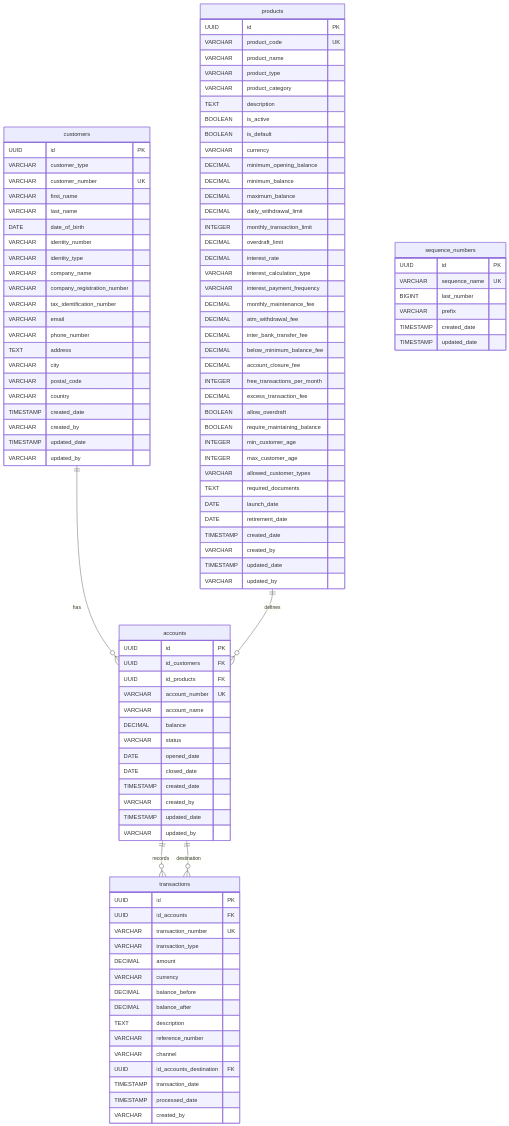
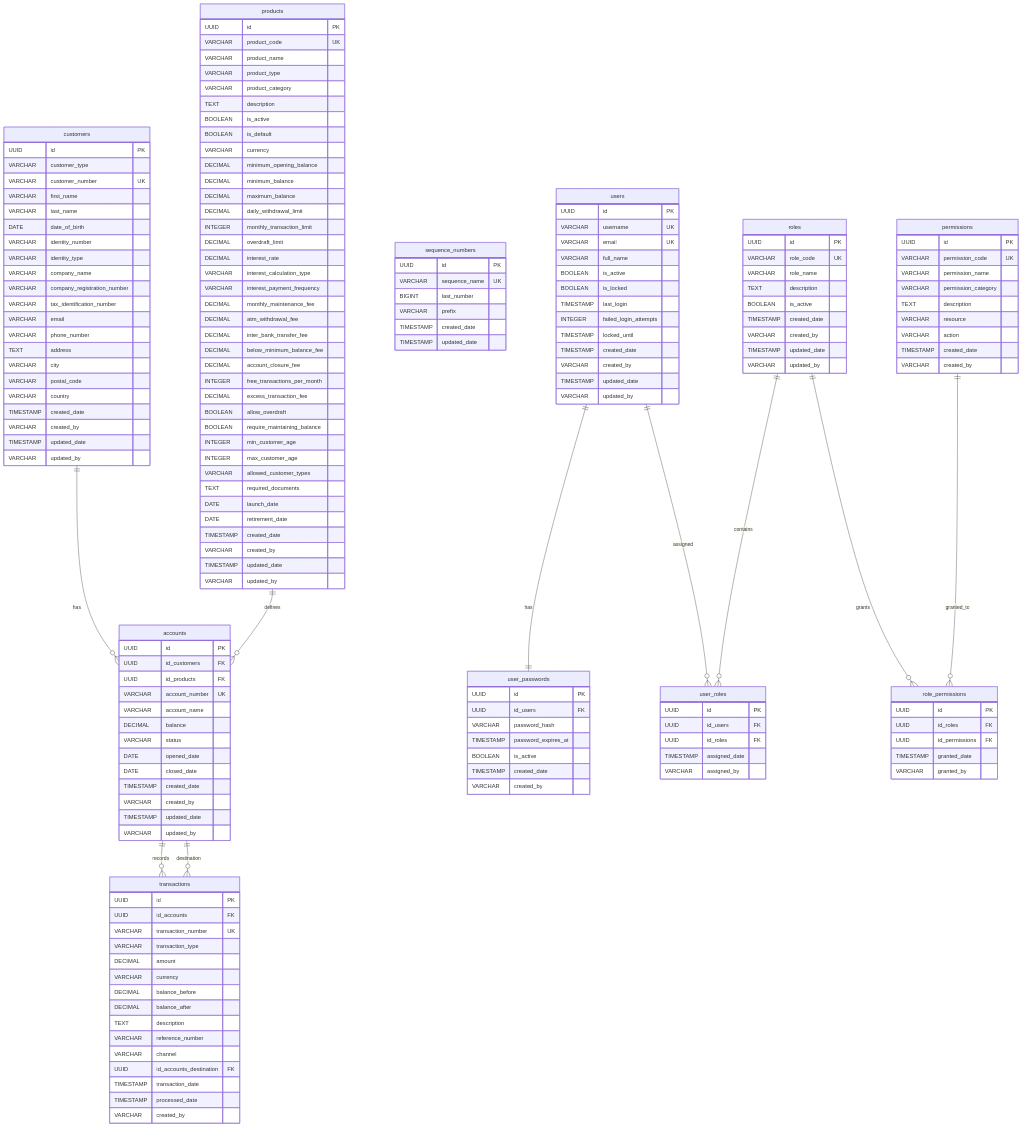
Before and after one commit to endymuhardin/aplikasi-minibank: the diagram in docs/database-diagram.md, drawn with Mermaid. The commit also changed other lines of this file and 14 other files, not shown here.

````diff
--- a/docs/database-diagram.md
+++ b/docs/database-diagram.md
@@ -111,8 +111,79 @@
         TIMESTAMP updated_date
     }
 
+    users {
+        UUID id PK
+        VARCHAR username UK
+        VARCHAR email UK
+        VARCHAR full_name
+        BOOLEAN is_active
+        BOOLEAN is_locked
+        TIMESTAMP last_login
+        INTEGER failed_login_attempts
+        TIMESTAMP locked_until
+        TIMESTAMP created_date
+        VARCHAR created_by
+        TIMESTAMP updated_date
+        VARCHAR updated_by
+    }
+
+    user_passwords {
+        UUID id PK
+        UUID id_users FK
+        VARCHAR password_hash
+        TIMESTAMP password_expires_at
+        BOOLEAN is_active
+        TIMESTAMP created_date
+        VARCHAR created_by
+    }
+
+    roles {
+        UUID id PK
+        VARCHAR role_code UK
+        VARCHAR role_name
+        TEXT description
+        BOOLEAN is_active
+        TIMESTAMP created_date
+        VARCHAR created_by
+        TIMESTAMP updated_date
+        VARCHAR updated_by
+    }
+
+    permissions {
+        UUID id PK
+        VARCHAR permission_code UK
+        VARCHAR permission_name
+        VARCHAR permission_category
+        TEXT description
+        VARCHAR resource
+        VARCHAR action
+        TIMESTAMP created_date
+        VARCHAR created_by
+    }
+
+    user_roles {
+        UUID id PK
+        UUID id_users FK
+        UUID id_roles FK
+        TIMESTAMP assigned_date
+        VARCHAR assigned_by
+    }
+
+    role_permissions {
+        UUID id PK
+        UUID id_roles FK
+        UUID id_permissions FK
+        TIMESTAMP granted_date
+        VARCHAR granted_by
+    }
+
     customers ||--o{ accounts : "has"
     products ||--o{ accounts : "defines"
     accounts ||--o{ transactions : "records"
     accounts ||--o{ transactions : "destination"
+    users ||--|| user_passwords : "has"
+    users ||--o{ user_roles : "assigned"
+    roles ||--o{ user_roles : "contains"
+    roles ||--o{ role_permissions : "grants"
+    permissions ||--o{ role_permissions : "granted_to"
 ```
````
